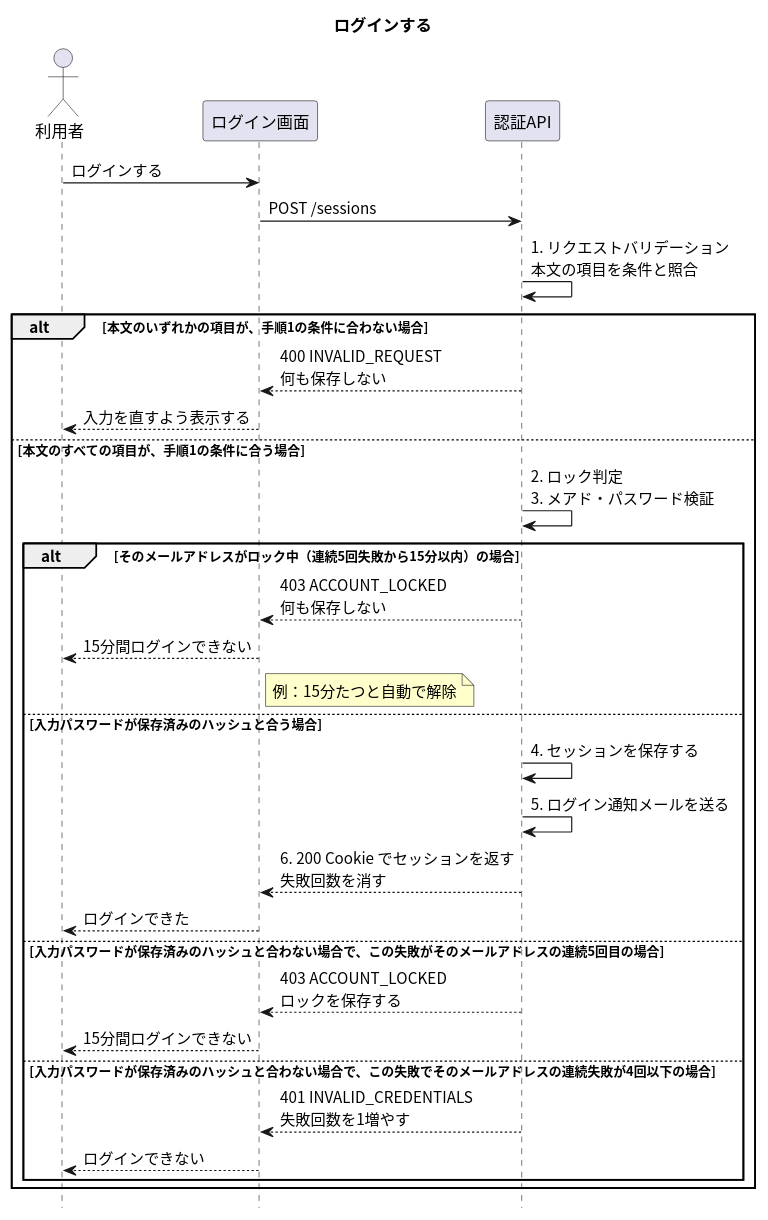
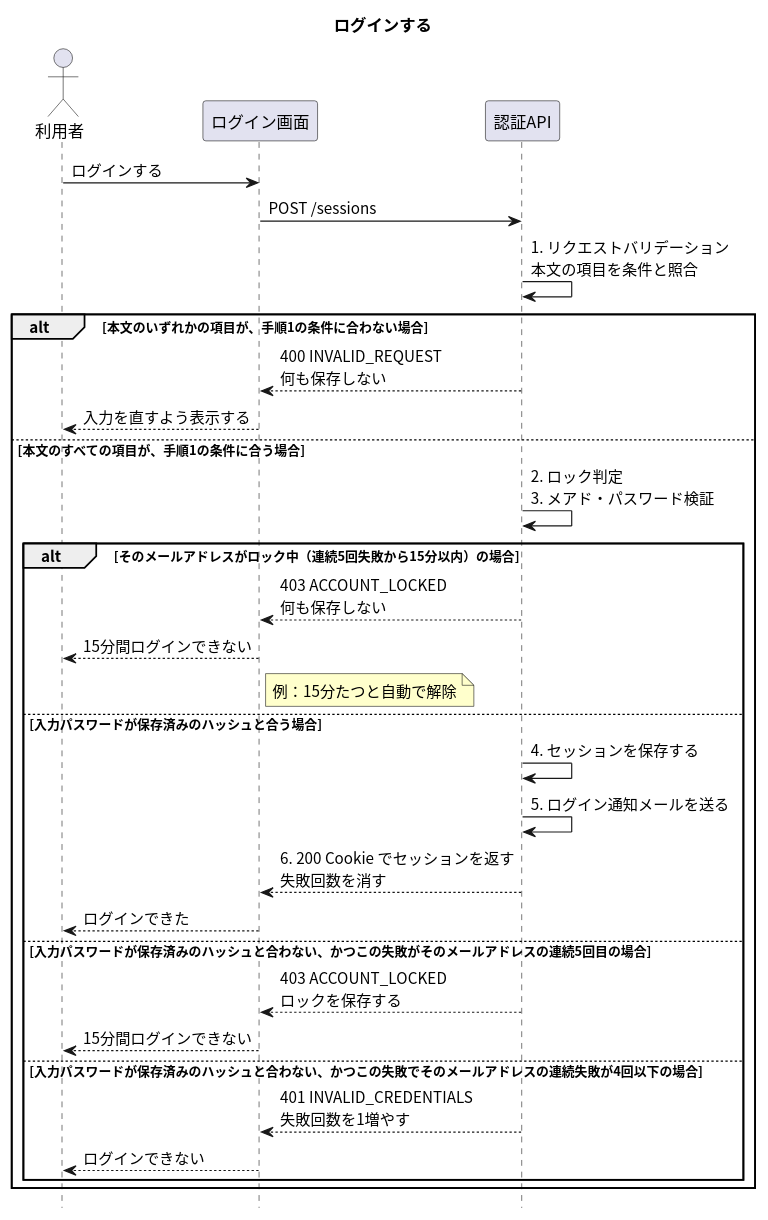
One commit to masamasamasato/design-doc-template changed the diagram in apis/login/入口.puml. Above: the diagram before and after it, drawn with PlantUML. The commit also changed 5 other files, not shown here.

```diff
--- a/apis/login/入口.puml
+++ b/apis/login/入口.puml
@@ -1,39 +1,39 @@
 @startuml
 skinparam shadowing false
 skinparam defaultFontName "Noto Sans CJK JP"
 skinparam SequenceFontName "Noto Sans CJK JP"
 skinparam NoteBackgroundColor #FFFFCC
 hide footbox
 
 title ログインする
 
 actor "利用者" as User
 participant "ログイン画面" as Screen
 participant "認証API" as API
 
 User -> Screen : ログインする
 Screen -> API : POST /sessions
 API -> API : 1. リクエストバリデーション\n本文の項目を条件と照合
 alt 本文のいずれかの項目が、手順1の条件に合わない場合
   API --> Screen : 400 INVALID_REQUEST\n何も保存しない
   Screen --> User : 入力を直すよう表示する
 else 本文のすべての項目が、手順1の条件に合う場合
   API -> API : 2. ロック判定\n3. メアド・パスワード検証
   alt そのメールアドレスがロック中（連続5回失敗から15分以内）の場合
     API --> Screen : 403 ACCOUNT_LOCKED\n何も保存しない
     Screen --> User : 15分間ログインできない
     note right of Screen : 例：15分たつと自動で解除
   else 入力パスワードが保存済みのハッシュと合う場合
     API -> API : 4. セッションを保存する
     API -> API : 5. ログイン通知メールを送る
     API --> Screen : 6. 200 Cookie でセッションを返す\n失敗回数を消す
     Screen --> User : ログインできた
-  else 入力パスワードが保存済みのハッシュと合わない場合で、この失敗がそのメールアドレスの連続5回目の場合
+  else 入力パスワードが保存済みのハッシュと合わない、かつこの失敗がそのメールアドレスの連続5回目の場合
     API --> Screen : 403 ACCOUNT_LOCKED\nロックを保存する
     Screen --> User : 15分間ログインできない
-  else 入力パスワードが保存済みのハッシュと合わない場合で、この失敗でそのメールアドレスの連続失敗が4回以下の場合
+  else 入力パスワードが保存済みのハッシュと合わない、かつこの失敗でそのメールアドレスの連続失敗が4回以下の場合
     API --> Screen : 401 INVALID_CREDENTIALS\n失敗回数を1増やす
     Screen --> User : ログインできない
   end
 end
 @enduml
```
